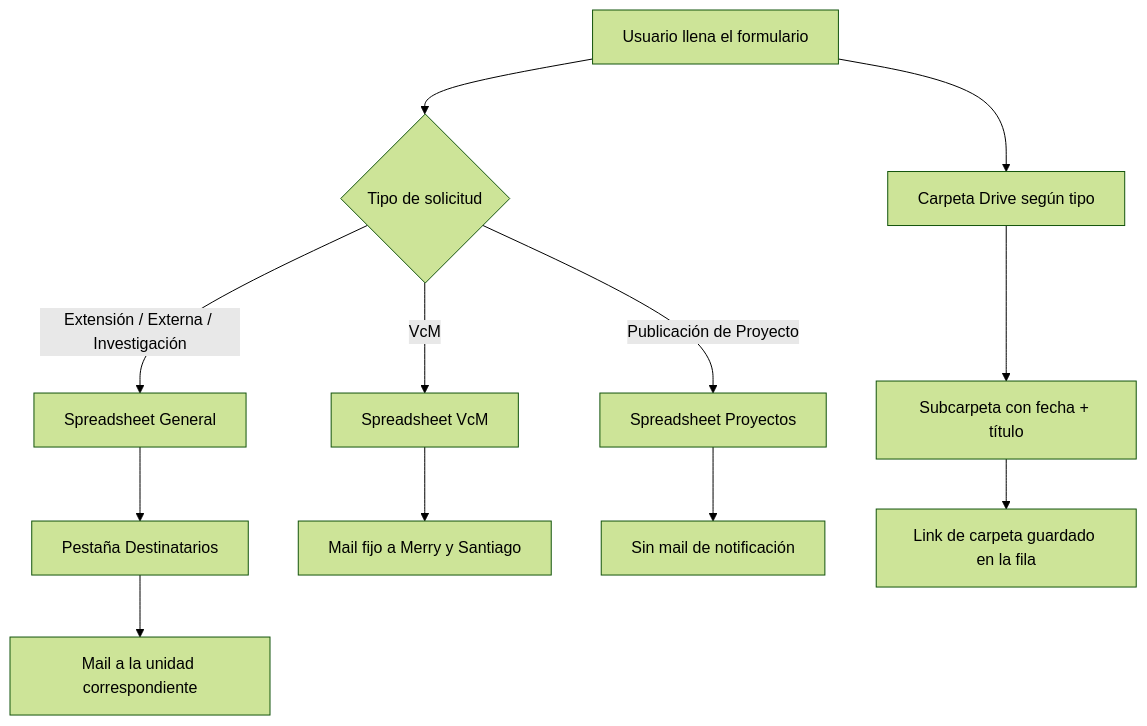
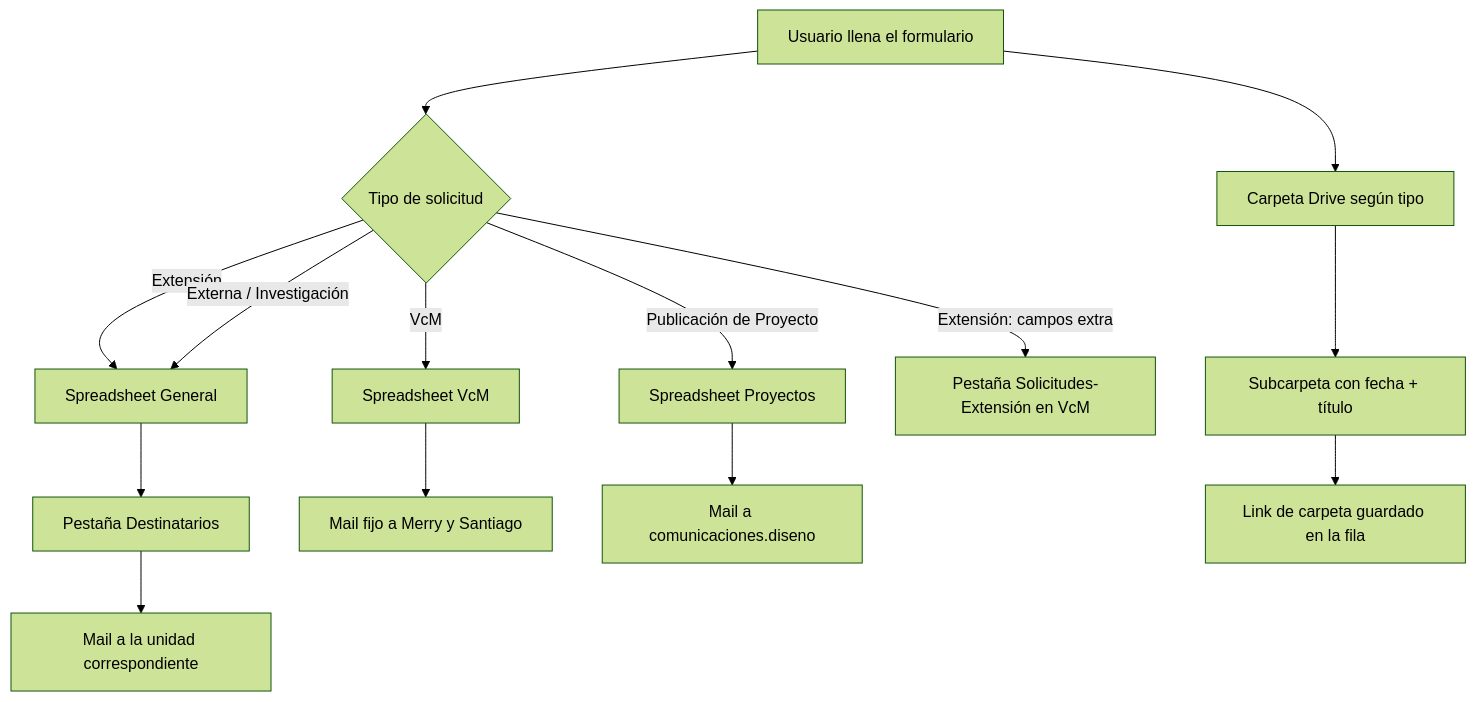
Before and after one commit to clifford1one/vcm-faaad: the first of 6 diagrams in formulario-actividades/README.md, drawn with Mermaid (forest theme). The commit also changed other lines of this file, not shown here.

````diff
--- a/formulario-actividades/README.md
+++ b/formulario-actividades/README.md
@@ -22,19 +22,22 @@
 ```mermaid
 flowchart TD
     A[Usuario llena el formulario] --> B{Tipo de solicitud}
 
-    B -->|Extensión / Externa / Investigación| C[Spreadsheet General]
+    B -->|Extensión| C[Spreadsheet General]
+    B -->|Externa / Investigación| C
     B -->|VcM| D[Spreadsheet VcM]
     B -->|Publicación de Proyecto| E[Spreadsheet Proyectos]
 
     C --> F[Pestaña Destinatarios]
     F --> G[Mail a la unidad correspondiente]
 
+    B -->|Extensión: campos extra| X[Pestaña Solicitudes-Extensión en VcM]
+
     D --> H[Mail fijo a Merry y Santiago]
 
-    E --> I[Sin mail de notificación]
+    E --> I[Mail a comunicaciones.diseno]
 
     A --> J[Carpeta Drive según tipo]
     J --> K[Subcarpeta con fecha + título]
     K --> L[Link de carpeta guardado en la fila]
 ```
````
